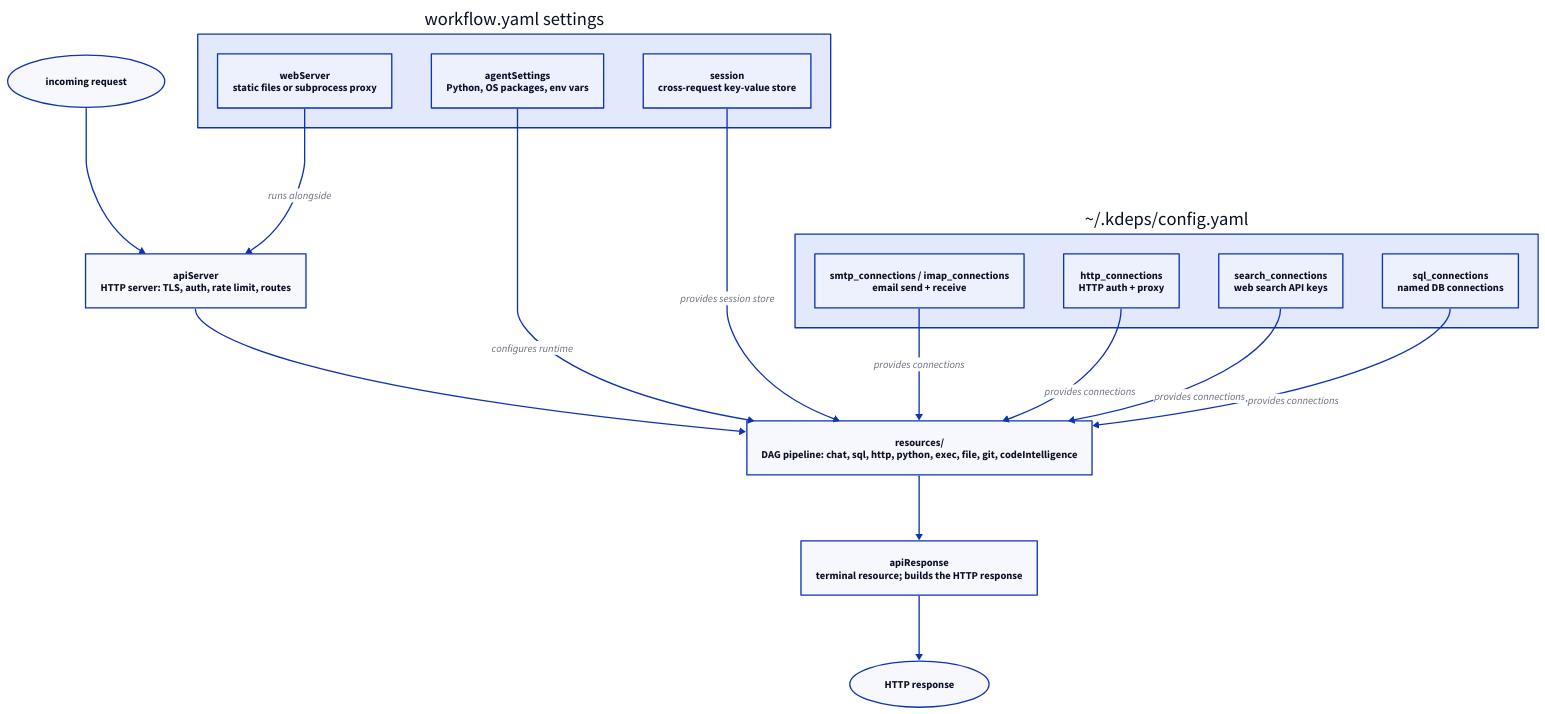
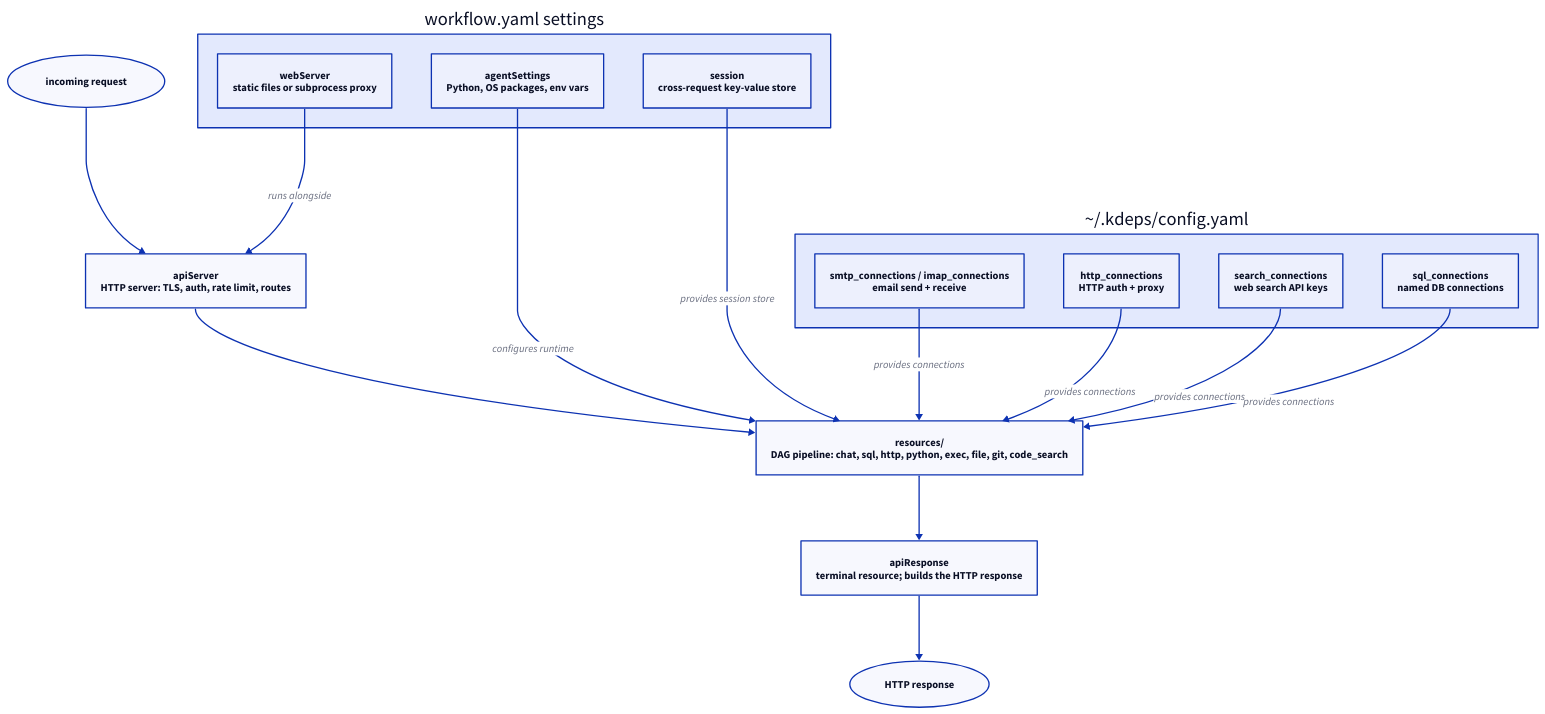
One commit to kdeps/kdeps changed the diagram in docs/v2/workflow/configuration.md. Above: the diagram before and after it, drawn with D2. The commit also changed 36 other files, not shown here.

````diff
--- a/docs/v2/workflow/configuration.md
+++ b/docs/v2/workflow/configuration.md
@@ -7,32 +7,32 @@
 ```d2
 direction: down
 
 A: incoming request {shape: oval}
 B: "apiServer\nHTTP server: TLS, auth, rate limit, routes"
-C: "resources/\nDAG pipeline: chat, sql, http, python, exec, file, git, codeIntelligence"
+C: "resources/\nDAG pipeline: chat, sql, http, python, exec, file, git, code_search"
 D: "apiResponse\nterminal resource; builds the HTTP response"
 E: HTTP response {shape: oval}
 
 A -> B -> C -> D -> E
 
 settings: workflow.yaml settings {
   B2: "webServer\nstatic files or subprocess proxy"
   B3: "agentSettings\nPython, OS packages, env vars"
   B5: "session\ncross-request key-value store"
 }
 
 global: "~/.kdeps/config.yaml" {
   G1: "smtp_connections / imap_connections\nemail send + receive"
   G2: "http_connections\nHTTP auth + proxy"
   G3: "search_connections\nweb search API keys"
   G4: "sql_connections\nnamed DB connections"
 }
 
 settings.B3 -> C: configures runtime
 settings.B5 -> C: provides session store
 settings.B2 -> B: runs alongside
 global.G1 -> C: provides connections
 global.G2 -> C: provides connections
 global.G3 -> C: provides connections
 global.G4 -> C: provides connections
 ```
````
